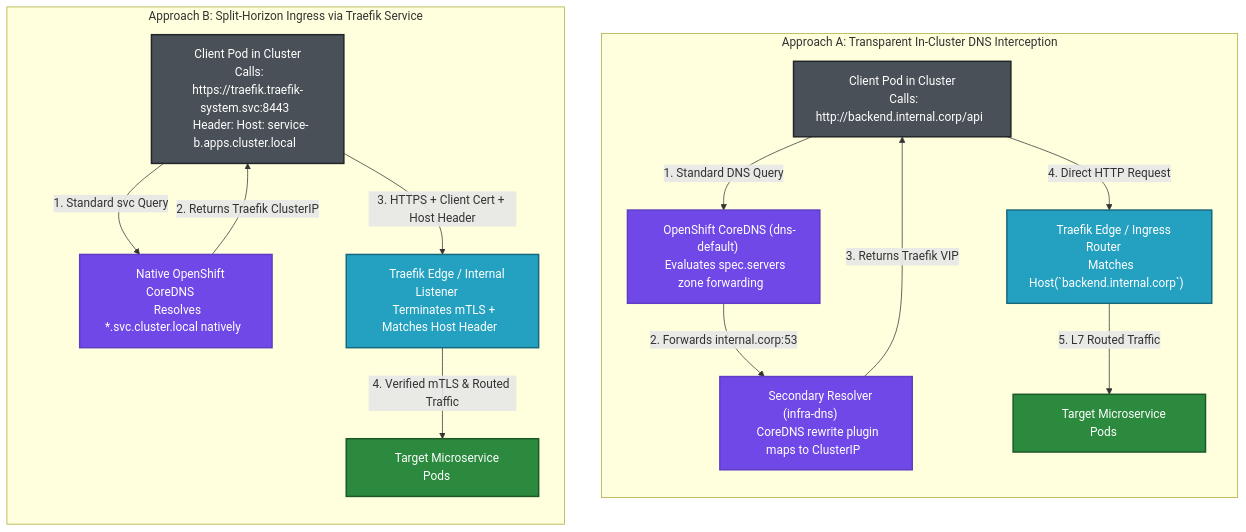
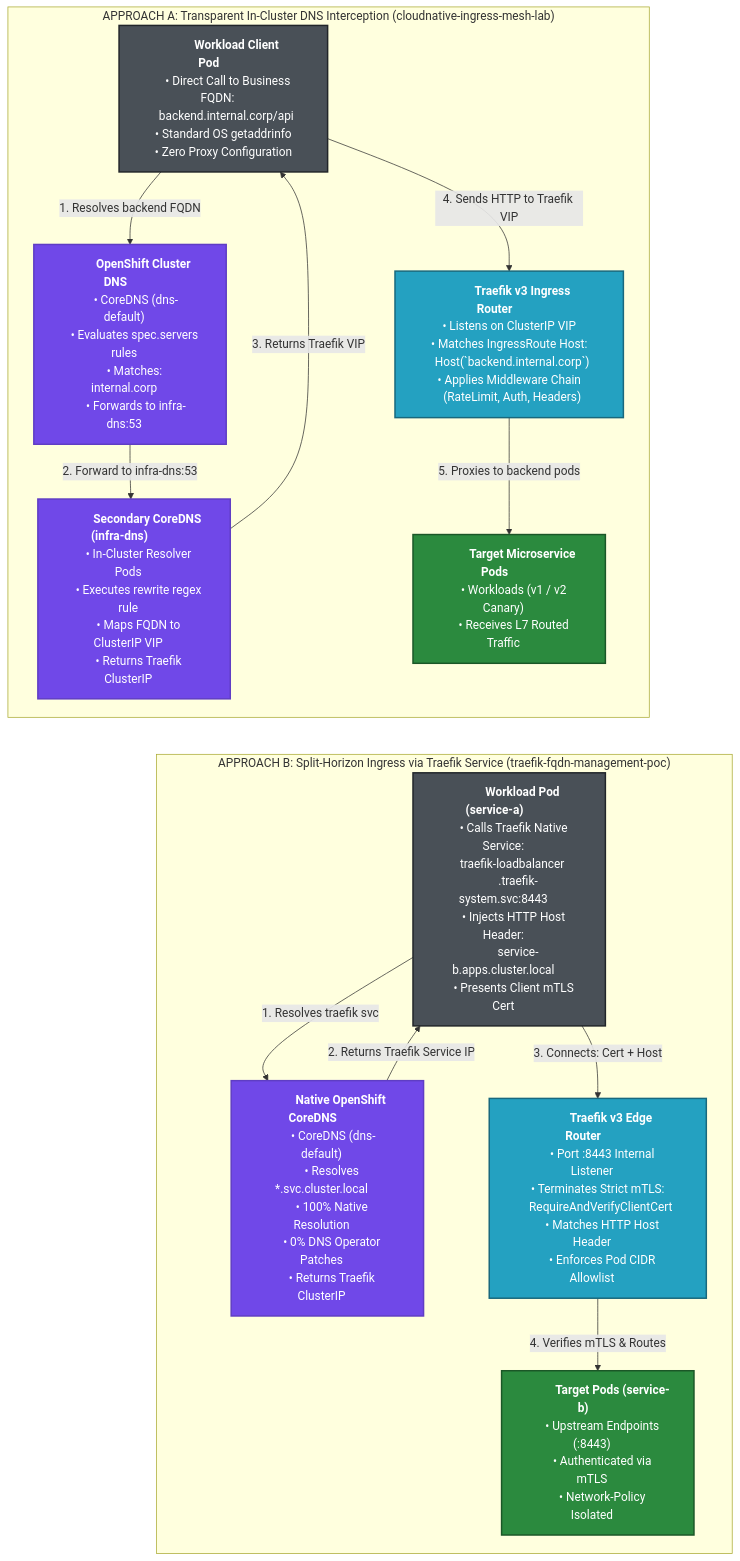
Before and after one commit to nubenetes/cloudnative-ingress-mesh-lab: the seventh of 8 diagrams in README.md, drawn with Mermaid. The commit also changed other lines of this file and 1 other file, not shown here.

Commit message:
fix(diagrams): enlarge boxes and break long text lines in Diagram 6 and 7 to prevent text truncation

````diff
--- a/README.md
+++ b/README.md
@@ -542,40 +548,47 @@
 ```mermaid
-flowchart TB
-    subgraph ApproachA ["&nbsp;&nbsp;Approach A: Transparent In-Cluster DNS Interception&nbsp;&nbsp;"]
-        direction TB
-        PodA["&nbsp;&nbsp;&nbsp;&nbsp;Client Pod in Cluster&nbsp;&nbsp;&nbsp;&nbsp;<br/>&nbsp;&nbsp;Calls: http://backend.internal.corp/api&nbsp;&nbsp;"]
-        OCPDNS["&nbsp;&nbsp;&nbsp;&nbsp;OpenShift CoreDNS (dns-default)&nbsp;&nbsp;&nbsp;&nbsp;<br/>&nbsp;&nbsp;Evaluates spec.servers zone forwarding&nbsp;&nbsp;"]
-        InfraDNS["&nbsp;&nbsp;&nbsp;&nbsp;Secondary Resolver (infra-dns)&nbsp;&nbsp;&nbsp;&nbsp;<br/>&nbsp;&nbsp;CoreDNS rewrite plugin maps to ClusterIP&nbsp;&nbsp;"]
-        TraefikA["&nbsp;&nbsp;&nbsp;&nbsp;Traefik Edge / Ingress Router&nbsp;&nbsp;&nbsp;&nbsp;<br/>&nbsp;&nbsp;Matches Host(`backend.internal.corp`)&nbsp;&nbsp;"]
-        DestA["&nbsp;&nbsp;&nbsp;&nbsp;Target Microservice Pods&nbsp;&nbsp;&nbsp;&nbsp;"]
+flowchart TD
+    subgraph ApproachA ["&nbsp;&nbsp;&nbsp;&nbsp;&nbsp;&nbsp;&nbsp;&nbsp;&nbsp;&nbsp;&nbsp;&nbsp;APPROACH A: Transparent In-Cluster DNS Interception (cloudnative-ingress-mesh-lab)&nbsp;&nbsp;&nbsp;&nbsp;&nbsp;&nbsp;&nbsp;&nbsp;&nbsp;&nbsp;&nbsp;&nbsp;"]
+        PodA["&nbsp;&nbsp;&nbsp;&nbsp;&nbsp;&nbsp;&nbsp;&nbsp;&nbsp;&nbsp;<b>Workload Client Pod</b>&nbsp;&nbsp;&nbsp;&nbsp;&nbsp;&nbsp;&nbsp;&nbsp;&nbsp;&nbsp;<br/>&nbsp;&nbsp;&nbsp;&nbsp;• Direct Call to Business FQDN:&nbsp;&nbsp;&nbsp;&nbsp;<br/>&nbsp;&nbsp;&nbsp;&nbsp;&nbsp;&nbsp;backend.internal.corp/api&nbsp;&nbsp;&nbsp;&nbsp;<br/>&nbsp;&nbsp;&nbsp;&nbsp;• Standard OS getaddrinfo&nbsp;&nbsp;&nbsp;&nbsp;<br/>&nbsp;&nbsp;&nbsp;&nbsp;• Zero Proxy Configuration&nbsp;&nbsp;&nbsp;&nbsp;"]
+        
+        OCPDNS["&nbsp;&nbsp;&nbsp;&nbsp;&nbsp;&nbsp;&nbsp;&nbsp;&nbsp;&nbsp;<b>OpenShift Cluster DNS</b>&nbsp;&nbsp;&nbsp;&nbsp;&nbsp;&nbsp;&nbsp;&nbsp;&nbsp;&nbsp;<br/>&nbsp;&nbsp;&nbsp;&nbsp;• CoreDNS (dns-default)&nbsp;&nbsp;&nbsp;&nbsp;<br/>&nbsp;&nbsp;&nbsp;&nbsp;• Evaluates spec.servers rules&nbsp;&nbsp;&nbsp;&nbsp;<br/>&nbsp;&nbsp;&nbsp;&nbsp;• Matches: internal.corp&nbsp;&nbsp;&nbsp;&nbsp;<br/>&nbsp;&nbsp;&nbsp;&nbsp;• Forwards to infra-dns:53&nbsp;&nbsp;&nbsp;&nbsp;"]
+        
+        InfraDNS["&nbsp;&nbsp;&nbsp;&nbsp;&nbsp;&nbsp;&nbsp;&nbsp;&nbsp;&nbsp;<b>Secondary CoreDNS (infra-dns)</b>&nbsp;&nbsp;&nbsp;&nbsp;&nbsp;&nbsp;&nbsp;&nbsp;&nbsp;&nbsp;<br/>&nbsp;&nbsp;&nbsp;&nbsp;• In-Cluster Resolver Pods&nbsp;&nbsp;&nbsp;&nbsp;<br/>&nbsp;&nbsp;&nbsp;&nbsp;• Executes rewrite regex rule&nbsp;&nbsp;&nbsp;&nbsp;<br/>&nbsp;&nbsp;&nbsp;&nbsp;• Maps FQDN to ClusterIP VIP&nbsp;&nbsp;&nbsp;&nbsp;<br/>&nbsp;&nbsp;&nbsp;&nbsp;• Returns Traefik ClusterIP&nbsp;&nbsp;&nbsp;&nbsp;"]
+        
+        TraefikA["&nbsp;&nbsp;&nbsp;&nbsp;&nbsp;&nbsp;&nbsp;&nbsp;&nbsp;&nbsp;<b>Traefik v3 Ingress Router</b>&nbsp;&nbsp;&nbsp;&nbsp;&nbsp;&nbsp;&nbsp;&nbsp;&nbsp;&nbsp;<br/>&nbsp;&nbsp;&nbsp;&nbsp;• Listens on ClusterIP VIP&nbsp;&nbsp;&nbsp;&nbsp;<br/>&nbsp;&nbsp;&nbsp;&nbsp;• Matches IngressRoute Host:&nbsp;&nbsp;&nbsp;&nbsp;<br/>&nbsp;&nbsp;&nbsp;&nbsp;&nbsp;&nbsp;Host(`backend.internal.corp`)&nbsp;&nbsp;&nbsp;&nbsp;<br/>&nbsp;&nbsp;&nbsp;&nbsp;• Applies Middleware Chain&nbsp;&nbsp;&nbsp;&nbsp;<br/>&nbsp;&nbsp;&nbsp;&nbsp;&nbsp;&nbsp;(RateLimit, Auth, Headers)&nbsp;&nbsp;&nbsp;&nbsp;"]
+        
+        DestA["&nbsp;&nbsp;&nbsp;&nbsp;&nbsp;&nbsp;&nbsp;&nbsp;&nbsp;&nbsp;<b>Target Microservice Pods</b>&nbsp;&nbsp;&nbsp;&nbsp;&nbsp;&nbsp;&nbsp;&nbsp;&nbsp;&nbsp;<br/>&nbsp;&nbsp;&nbsp;&nbsp;• Workloads (v1 / v2 Canary)&nbsp;&nbsp;&nbsp;&nbsp;<br/>&nbsp;&nbsp;&nbsp;&nbsp;• Receives L7 Routed Traffic&nbsp;&nbsp;&nbsp;&nbsp;"]
 
-        PodA -->|"1. Standard DNS Query"| OCPDNS
-        OCPDNS -->|"2. Forwards internal.corp:53"| InfraDNS
+        PodA -->|"1. Resolves backend FQDN"| OCPDNS
+        OCPDNS -->|"2. Forward to infra-dns:53"| InfraDNS
         InfraDNS -->|"3. Returns Traefik VIP"| PodA
-        PodA -->|"4. Direct HTTP Request"| TraefikA
-        TraefikA -->|"5. L7 Routed Traffic"| DestA
+        PodA -->|"4. Sends HTTP to Traefik VIP"| TraefikA
+        TraefikA -->|"5. Proxies to backend pods"| DestA
     end
 
-    subgraph ApproachB ["&nbsp;&nbsp;Approach B: Split-Horizon Ingress via Traefik Service&nbsp;&nbsp;"]
-        direction TB
-        PodB["&nbsp;&nbsp;&nbsp;&nbsp;Client Pod in Cluster&nbsp;&nbsp;&nbsp;&nbsp;<br/>&nbsp;&nbsp;Calls: https://traefik.traefik-system.svc:8443&nbsp;&nbsp;<br/>&nbsp;&nbsp;Header: Host: service-b.apps.cluster.local&nbsp;&nbsp;"]
-        NativeDNS["&nbsp;&nbsp;&nbsp;&nbsp;Native OpenShift CoreDNS&nbsp;&nbsp;&nbsp;&nbsp;<br/>&nbsp;&nbsp;Resolves *.svc.cluster.local natively&nbsp;&nbsp;"]
-        TraefikB["&nbsp;&nbsp;&nbsp;&nbsp;Traefik Edge / Internal Listener&nbsp;&nbsp;&nbsp;&nbsp;<br/>&nbsp;&nbsp;Terminates mTLS + Matches Host Header&nbsp;&nbsp;"]
-        DestB["&nbsp;&nbsp;&nbsp;&nbsp;Target Microservice Pods&nbsp;&nbsp;&nbsp;&nbsp;"]
+    DestA ~~~ PodB
 
-        PodB -->|"1. Standard svc Query"| NativeDNS
-        NativeDNS -->|"2. Returns Traefik ClusterIP"| PodB
-        PodB -->|"3. HTTPS + Client Cert + Host Header"| TraefikB
-        TraefikB -->|"4. Verified mTLS & Routed Traffic"| DestB
+    subgraph ApproachB ["&nbsp;&nbsp;&nbsp;&nbsp;&nbsp;&nbsp;&nbsp;&nbsp;&nbsp;&nbsp;&nbsp;&nbsp;APPROACH B: Split-Horizon Ingress via Traefik Service (traefik-fqdn-management-poc)&nbsp;&nbsp;&nbsp;&nbsp;&nbsp;&nbsp;&nbsp;&nbsp;&nbsp;&nbsp;&nbsp;&nbsp;"]
+        PodB["&nbsp;&nbsp;&nbsp;&nbsp;&nbsp;&nbsp;&nbsp;&nbsp;&nbsp;&nbsp;<b>Workload Pod (service-a)</b>&nbsp;&nbsp;&nbsp;&nbsp;&nbsp;&nbsp;&nbsp;&nbsp;&nbsp;&nbsp;<br/>&nbsp;&nbsp;&nbsp;&nbsp;• Calls Traefik Native Service:&nbsp;&nbsp;&nbsp;&nbsp;<br/>&nbsp;&nbsp;&nbsp;&nbsp;&nbsp;&nbsp;traefik-loadbalancer&nbsp;&nbsp;&nbsp;&nbsp;<br/>&nbsp;&nbsp;&nbsp;&nbsp;&nbsp;&nbsp;.traefik-system.svc:8443&nbsp;&nbsp;&nbsp;&nbsp;<br/>&nbsp;&nbsp;&nbsp;&nbsp;• Injects HTTP Host Header:&nbsp;&nbsp;&nbsp;&nbsp;<br/>&nbsp;&nbsp;&nbsp;&nbsp;&nbsp;&nbsp;service-b.apps.cluster.local&nbsp;&nbsp;&nbsp;&nbsp;<br/>&nbsp;&nbsp;&nbsp;&nbsp;• Presents Client mTLS Cert&nbsp;&nbsp;&nbsp;&nbsp;"]
+        
+        NativeDNS["&nbsp;&nbsp;&nbsp;&nbsp;&nbsp;&nbsp;&nbsp;&nbsp;&nbsp;&nbsp;<b>Native OpenShift CoreDNS</b>&nbsp;&nbsp;&nbsp;&nbsp;&nbsp;&nbsp;&nbsp;&nbsp;&nbsp;&nbsp;<br/>&nbsp;&nbsp;&nbsp;&nbsp;• CoreDNS (dns-default)&nbsp;&nbsp;&nbsp;&nbsp;<br/>&nbsp;&nbsp;&nbsp;&nbsp;• Resolves *.svc.cluster.local&nbsp;&nbsp;&nbsp;&nbsp;<br/>&nbsp;&nbsp;&nbsp;&nbsp;• 100% Native Resolution&nbsp;&nbsp;&nbsp;&nbsp;<br/>&nbsp;&nbsp;&nbsp;&nbsp;• 0% DNS Operator Patches&nbsp;&nbsp;&nbsp;&nbsp;<br/>&nbsp;&nbsp;&nbsp;&nbsp;• Returns Traefik ClusterIP&nbsp;&nbsp;&nbsp;&nbsp;"]
+        
+        TraefikB["&nbsp;&nbsp;&nbsp;&nbsp;&nbsp;&nbsp;&nbsp;&nbsp;&nbsp;&nbsp;<b>Traefik v3 Edge Router</b>&nbsp;&nbsp;&nbsp;&nbsp;&nbsp;&nbsp;&nbsp;&nbsp;&nbsp;&nbsp;<br/>&nbsp;&nbsp;&nbsp;&nbsp;• Port :8443 Internal Listener&nbsp;&nbsp;&nbsp;&nbsp;<br/>&nbsp;&nbsp;&nbsp;&nbsp;• Terminates Strict mTLS:&nbsp;&nbsp;&nbsp;&nbsp;<br/>&nbsp;&nbsp;&nbsp;&nbsp;&nbsp;&nbsp;RequireAndVerifyClientCert&nbsp;&nbsp;&nbsp;&nbsp;<br/>&nbsp;&nbsp;&nbsp;&nbsp;• Matches HTTP Host Header&nbsp;&nbsp;&nbsp;&nbsp;<br/>&nbsp;&nbsp;&nbsp;&nbsp;• Enforces Pod CIDR Allowlist&nbsp;&nbsp;&nbsp;&nbsp;"]
+        
+        DestB["&nbsp;&nbsp;&nbsp;&nbsp;&nbsp;&nbsp;&nbsp;&nbsp;&nbsp;&nbsp;<b>Target Pods (service-b)</b>&nbsp;&nbsp;&nbsp;&nbsp;&nbsp;&nbsp;&nbsp;&nbsp;&nbsp;&nbsp;<br/>&nbsp;&nbsp;&nbsp;&nbsp;• Upstream Endpoints (:8443)&nbsp;&nbsp;&nbsp;&nbsp;<br/>&nbsp;&nbsp;&nbsp;&nbsp;• Authenticated via mTLS&nbsp;&nbsp;&nbsp;&nbsp;<br/>&nbsp;&nbsp;&nbsp;&nbsp;• Network-Policy Isolated&nbsp;&nbsp;&nbsp;&nbsp;"]
+
+        PodB -->|"1. Resolves traefik svc"| NativeDNS
+        NativeDNS -->|"2. Returns Traefik Service IP"| PodB
+        PodB -->|"3. Connects: Cert + Host"| TraefikB
+        TraefikB -->|"4. Verifies mTLS & Routes"| DestB
     end
 
     classDef app fill:#495057,stroke:#212529,stroke-width:2px,color:#fff;
     classDef dns fill:#7048e8,stroke:#5f3dc4,stroke-width:2px,color:#fff;
     classDef router fill:#24A1C1,stroke:#18687d,stroke-width:2px,color:#fff;
     classDef dest fill:#2b8a3e,stroke:#1b5727,stroke-width:2px,color:#fff;
 
     class PodA,PodB app;
     class OCPDNS,InfraDNS,NativeDNS dns;
     class TraefikA,TraefikB router;
     class DestA,DestB dest;
 ```
````
